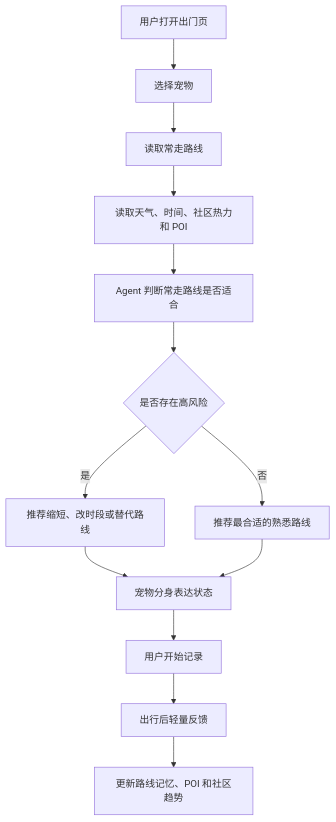
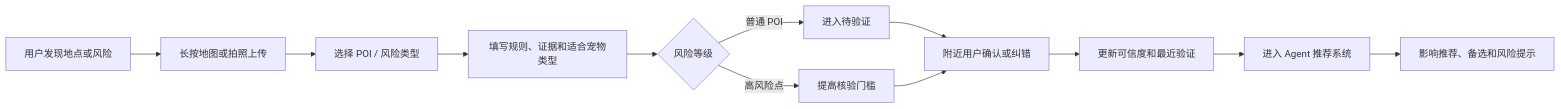
The third of 6 diagrams in docs/prd-pet-mobility-agent.md (1pitaph/PawPilot), drawn with Mermaid before and after one commit. The commit also changed other lines of this file and 2 other files, not shown here.

````diff
--- a/docs/prd-pet-mobility-agent.md
+++ b/docs/prd-pet-mobility-agent.md
@@ -614,15 +304,14 @@
 ```{mermaid}
-flowchart TD
-    A[用户打开出门页] --> B[选择宠物]
-    B --> C[读取常走路线]
-    C --> D[读取天气、时间、社区热力和 POI]
-    D --> E[Agent 判断常走路线是否适合]
-    E --> F{是否存在高风险}
-    F -- 是 --> G[推荐缩短、改时段或替代路线]
-    F -- 否 --> H[推荐最合适的熟悉路线]
-    G --> I[宠物分身表达状态]
-    H --> I
-    I --> J[用户开始记录]
-    J --> K[出行后轻量反馈]
-    K --> L[更新路线记忆、POI 和社区趋势]
+flowchart LR
+    A[用户发现地点或风险] --> B[长按地图或拍照上传]
+    B --> C[选择 POI / 风险类型]
+    C --> D[填写规则、证据和适合宠物类型]
+    D --> E{风险等级}
+    E -- 普通 POI --> F[进入待验证]
+    E -- 高风险点 --> G[提高核验门槛]
+    F --> H[附近用户确认或纠错]
+    G --> H
+    H --> I[更新可信度和最近验证]
+    I --> J[进入 Agent 推荐系统]
+    J --> K[影响推荐、备选和风险提示]
 ```
````
